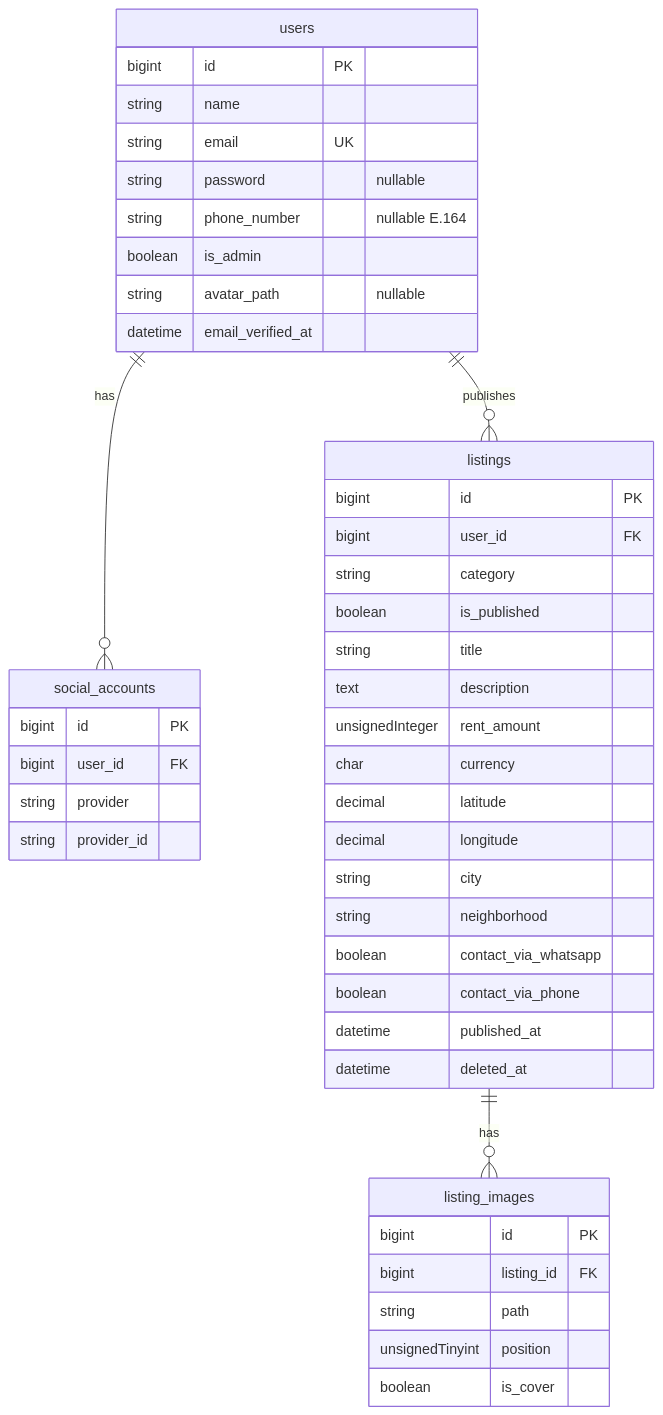
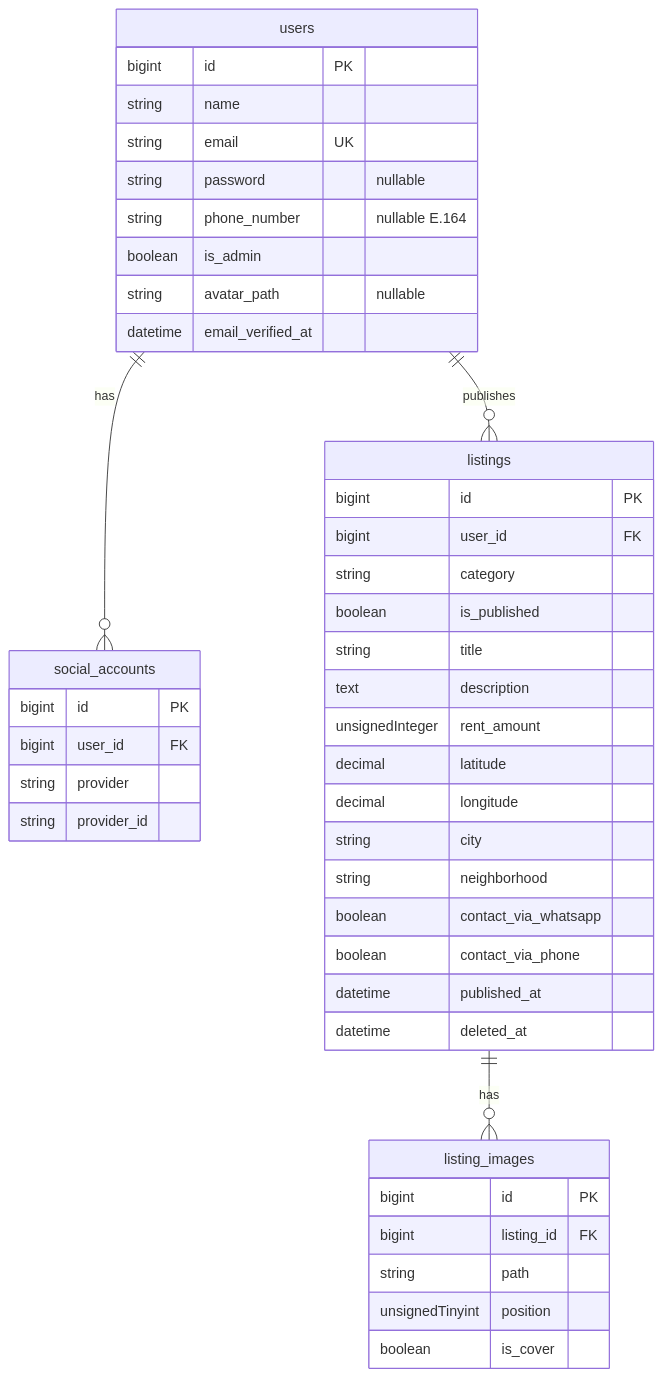
One commit to hdz-kevin/Radica changed the second of 2 diagrams in docs/mvp_plan.md. Above: the diagram before and after it, drawn with Mermaid. The commit also changed other lines of this file and 9 other files, not shown here.

````diff
--- a/docs/mvp_plan.md
+++ b/docs/mvp_plan.md
@@ -159,51 +159,50 @@
 ```mermaid
 erDiagram
   users ||--o{ social_accounts : has
   users ||--o{ listings : publishes
   listings ||--o{ listing_images : has
 
   users {
     bigint id PK
     string name
     string email UK
     string password "nullable"
     string phone_number "nullable E.164"
     boolean is_admin
     string avatar_path "nullable"
     datetime email_verified_at
   }
 
   social_accounts {
     bigint id PK
     bigint user_id FK
     string provider
     string provider_id
   }
 
   listings {
     bigint id PK
     bigint user_id FK
     string category
     boolean is_published
     string title
     text description
     unsignedInteger rent_amount
-    char currency
     decimal latitude
     decimal longitude
     string city
     string neighborhood
     boolean contact_via_whatsapp
     boolean contact_via_phone
     datetime published_at
     datetime deleted_at
   }
 
   listing_images {
     bigint id PK
     bigint listing_id FK
     string path
     unsignedTinyint position
     boolean is_cover
   }
 ```
````
